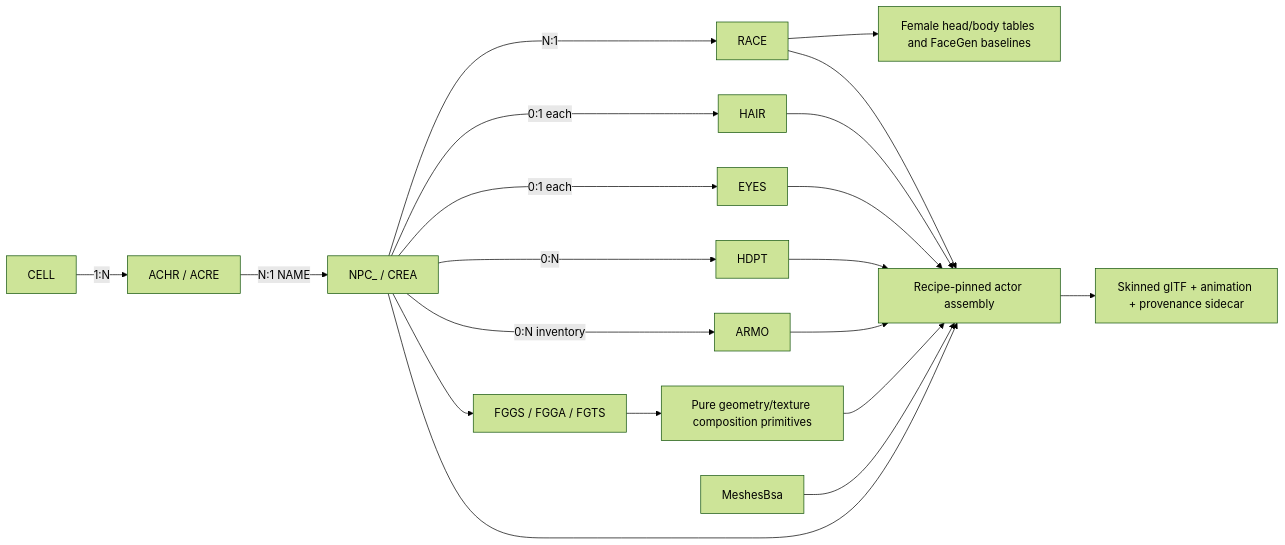
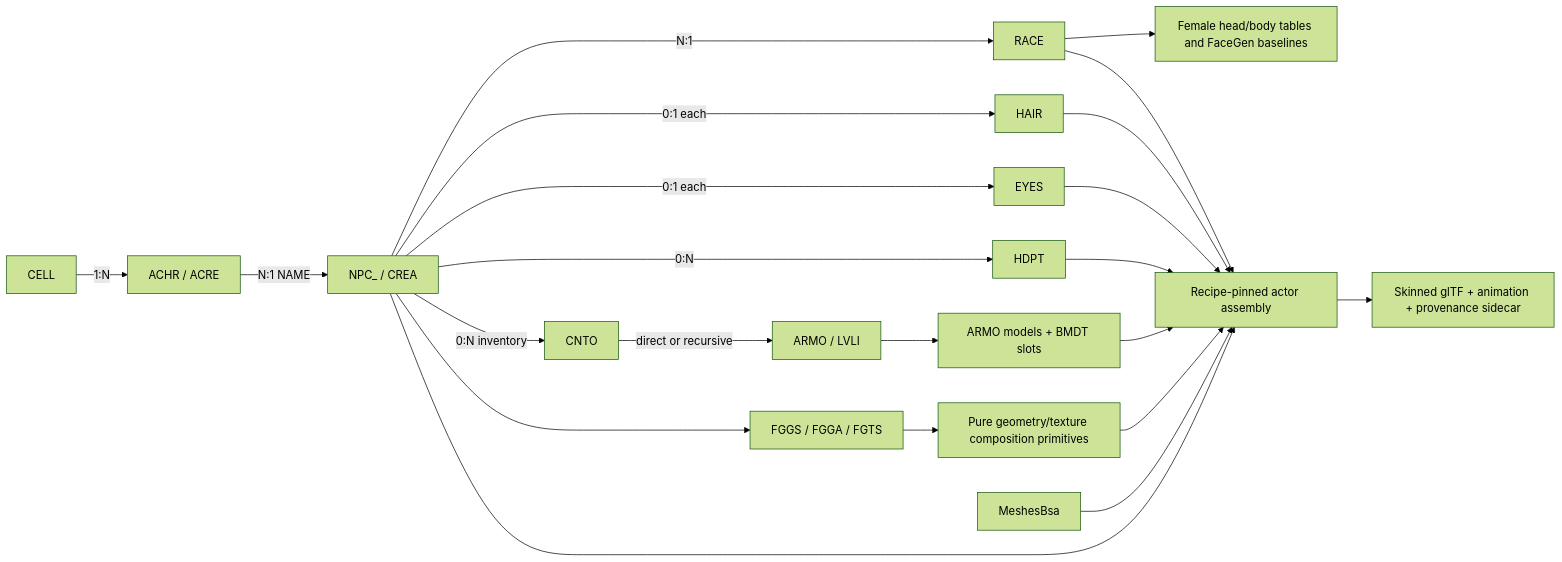
Before and after one commit to nikamigaming-create/OpenNV: the third of 5 diagrams in docs/architecture.md, drawn with Mermaid (forest theme). The commit also changed other lines of this file and 67 other files, not shown here.

````diff
--- a/docs/architecture.md
+++ b/docs/architecture.md
@@ -59,22 +61,24 @@
 ```mermaid
 flowchart LR
     Cell[CELL] -->|1:N| ActorRef[ACHR / ACRE]
     ActorRef -->|N:1 NAME| ActorBase[NPC_ / CREA]
     ActorBase -->|N:1| Race[RACE]
     ActorBase -->|0:1 each| Hair[HAIR]
     ActorBase -->|0:1 each| Eyes[EYES]
     ActorBase -->|0:N| HeadPart[HDPT]
-    ActorBase -->|0:N inventory| Armor[ARMO]
+    ActorBase -->|0:N inventory| Inventory[CNTO]
+    Inventory -->|direct or recursive| Leveled[ARMO / LVLI]
+    Leveled --> Armor[ARMO models + BMDT slots]
     ActorBase --> FaceGen[FGGS / FGGA / FGTS]
     Race --> Baseline[Female head/body tables and FaceGen baselines]
     FaceGen --> Morph[Pure geometry/texture composition primitives]
     MeshesBsa --> Assembly[Recipe-pinned actor assembly]
     ActorBase --> Assembly
     Race --> Assembly
     Hair --> Assembly
     Eyes --> Assembly
     HeadPart --> Assembly
     Armor --> Assembly
     Morph --> Assembly
     Assembly --> ActorGltf[Skinned glTF + animation + provenance sidecar]
 ```
````
